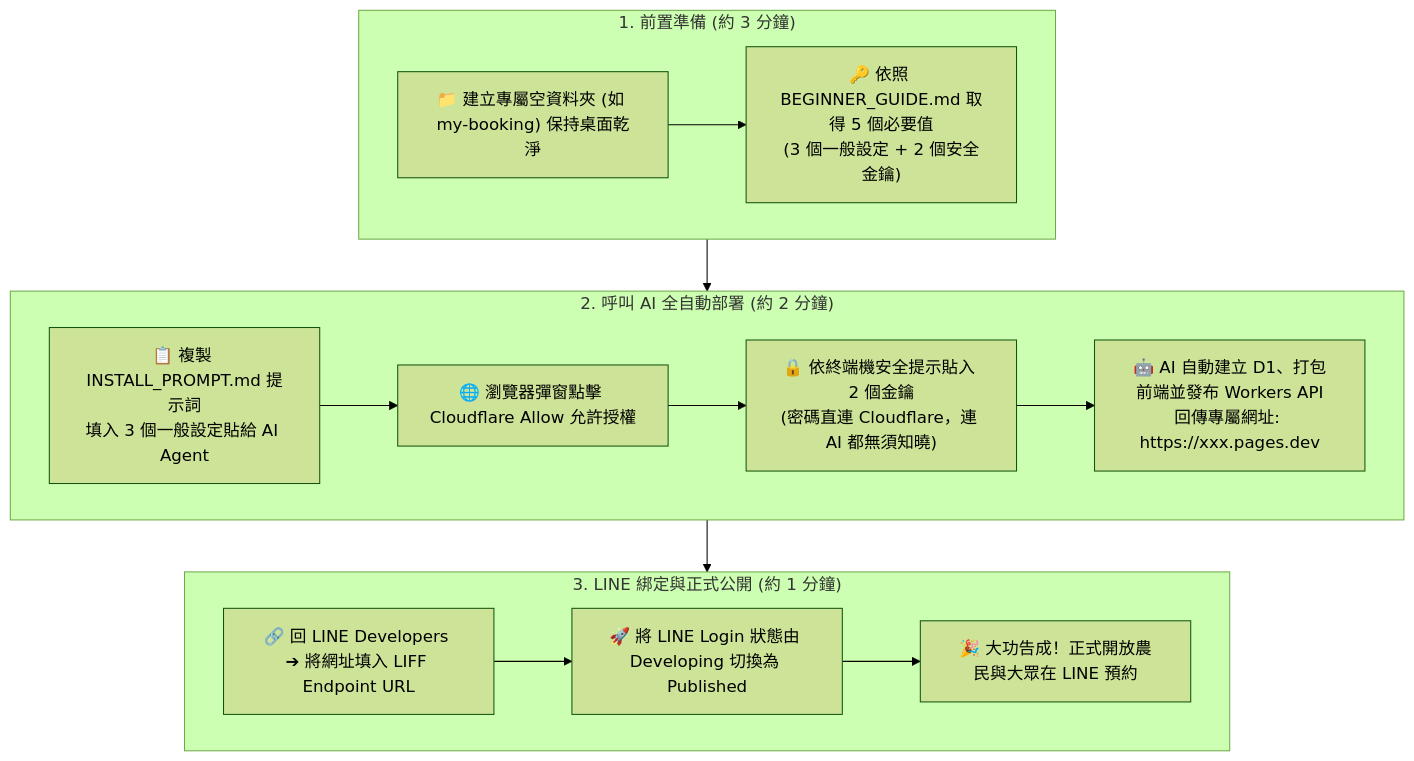
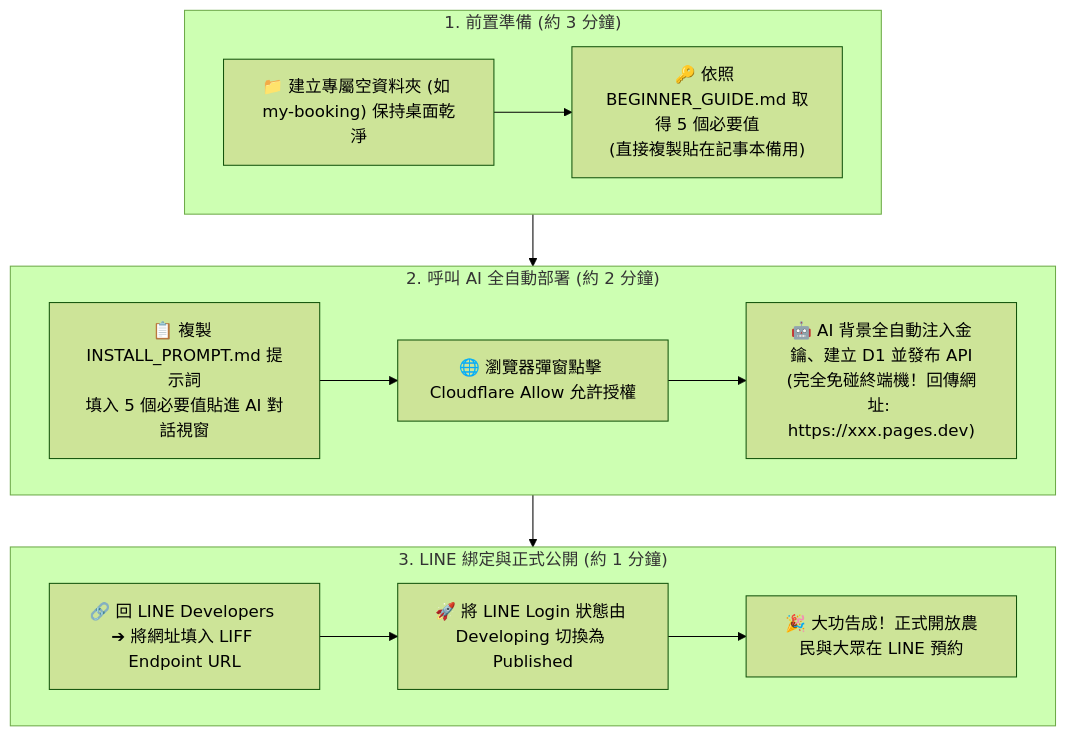
One commit to chingfonlee/open-booking-line changed the first of 2 diagrams in README.md. Above: the diagram before and after it, drawn with Mermaid (forest theme). The commit also changed other lines of this file and 4 other files, not shown here.

Commit message:
docs: streamline beginner flow to Option A chat-only input with zero terminal operation

````diff
--- a/README.md
+++ b/README.md
@@ -86,25 +86,24 @@
 ```mermaid
 flowchart TD
     subgraph S1["1. 前置準備 (約 3 分鐘)"]
         A["📁 建立專屬空資料夾 (如 my-booking) 保持桌面乾淨"]
-        B["🔑 依照 BEGINNER_GUIDE.md 取得 5 個必要值<br/>(3 個一般設定 + 2 個安全金鑰)"]
+        B["🔑 依照 BEGINNER_GUIDE.md 取得 5 個必要值<br/>(直接複製貼在記事本備用)"]
         A --> B
     end
 
     subgraph S2["2. 呼叫 AI 全自動部署 (約 2 分鐘)"]
-        C["📋 複製 INSTALL_PROMPT.md 提示詞<br/>填入 3 個一般設定貼給 AI Agent"]
+        C["📋 複製 INSTALL_PROMPT.md 提示詞<br/>填入 5 個必要值貼進 AI 對話視窗"]
         D["🌐 瀏覽器彈窗點擊 Cloudflare Allow 允許授權"]
-        E["🔒 依終端機安全提示貼入 2 個金鑰<br/>(密碼直連 Cloudflare，連 AI 都無須知曉)"]
-        F["🤖 AI 自動建立 D1、打包前端並發布 Workers API<br/>回傳專屬網址: https://xxx.pages.dev"]
-        C --> D --> E --> F
+        E["🤖 AI 背景全自動注入金鑰、建立 D1 並發布 API<br/>(完全免碰終端機！回傳網址: https://xxx.pages.dev)"]
+        C --> D --> E
     end
 
     subgraph S3["3. LINE 綁定與正式公開 (約 1 分鐘)"]
         G["🔗 回 LINE Developers ➔ 將網址填入 LIFF Endpoint URL"]
         H["🚀 將 LINE Login 狀態由 Developing 切換為 Published"]
         I["🎉 大功告成！正式開放農民與大眾在 LINE 預約"]
         G --> H --> I
     end
 
     S1 --> S2 --> S3
 ```
````
